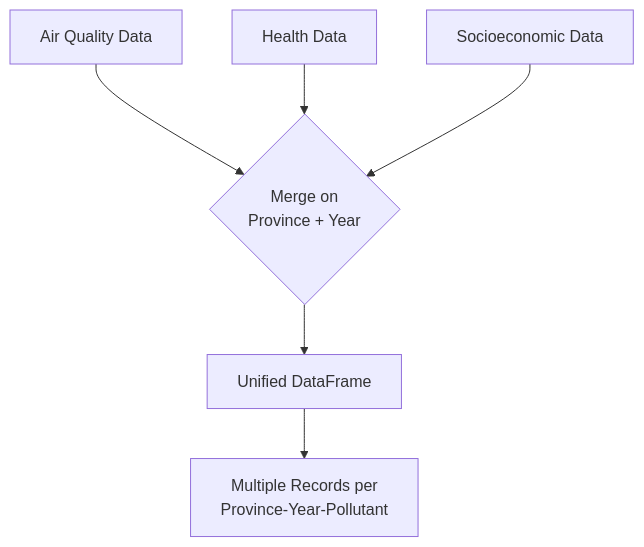
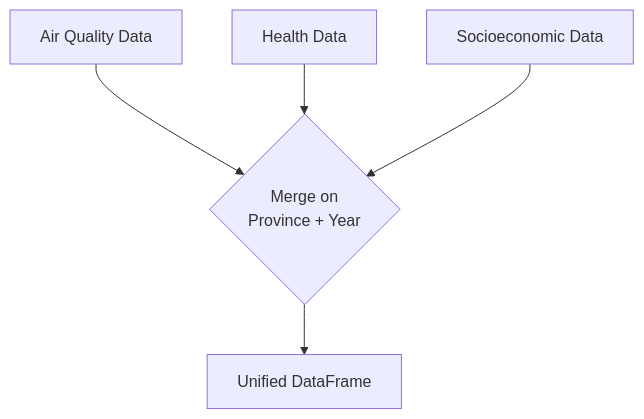
Before and after one commit to alvarog2491/air-quality-health-analysis: the fourth of 9 diagrams in docs/etl-pipeline.md, drawn with Mermaid. The commit also changed other lines of this file and 4 other files, not shown here.

````diff
--- a/docs/etl-pipeline.md
+++ b/docs/etl-pipeline.md
@@ -140,8 +139,7 @@
 ```mermaid
 graph TD
     A[Air Quality Data] --> D{Merge on<br/>Province + Year}
     B[Health Data] --> D
     C[Socioeconomic Data] --> D
     D --> E[Unified DataFrame]
-    E --> F[Multiple Records per<br/>Province-Year-Pollutant]
 ```
````
